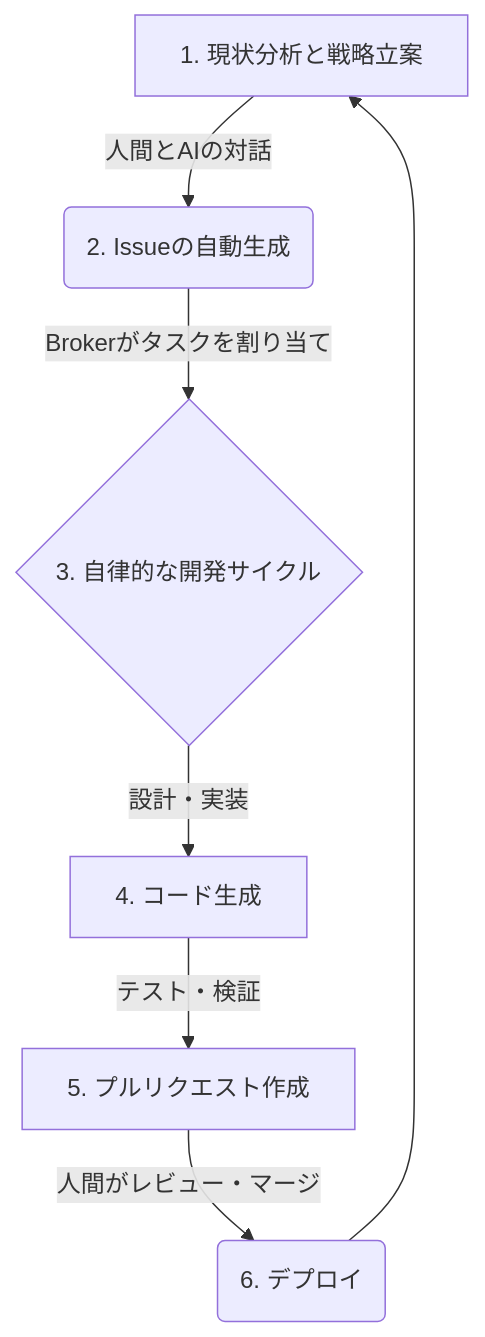
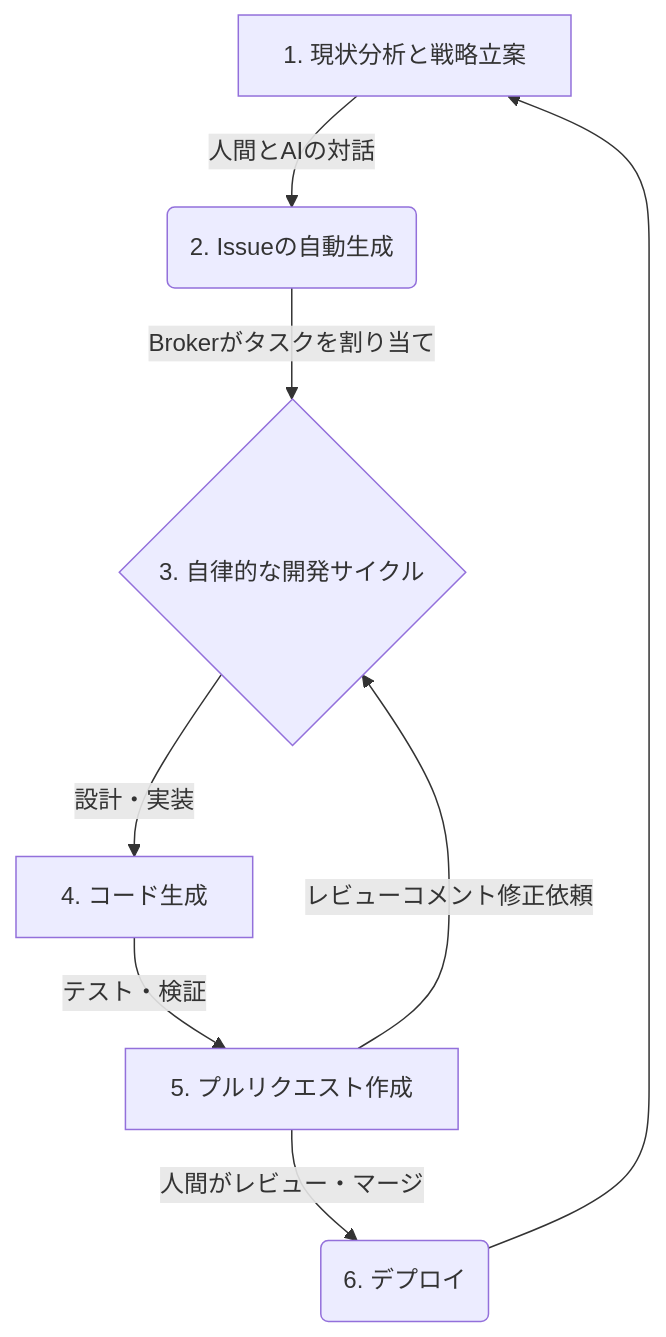
One commit to masa-codehub/github_broker changed the diagram in README.md. Above: the diagram before and after it, drawn with Mermaid. The commit also changed other lines of this file, not shown here.

````diff
--- a/README.md
+++ b/README.md
@@ -32,9 +32,10 @@
 ```mermaid
 graph TD
     A[1. 現状分析と戦略立案] -->|人間とAIの対話| B(2. Issueの自動生成);
     B -->|Brokerがタスクを割り当て| C{3. 自律的な開発サイクル};
     C -->|設計・実装| D[4. コード生成];
     D -->|テスト・検証| E[5. プルリクエスト作成];
     E -->|人間がレビュー・マージ| F(6. デプロイ);
+    E -- レビューコメント修正依頼 --> C;
     F --> A;
 ```
````
